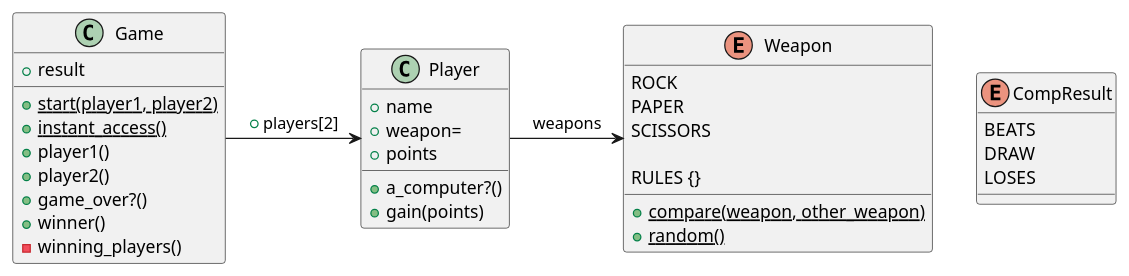
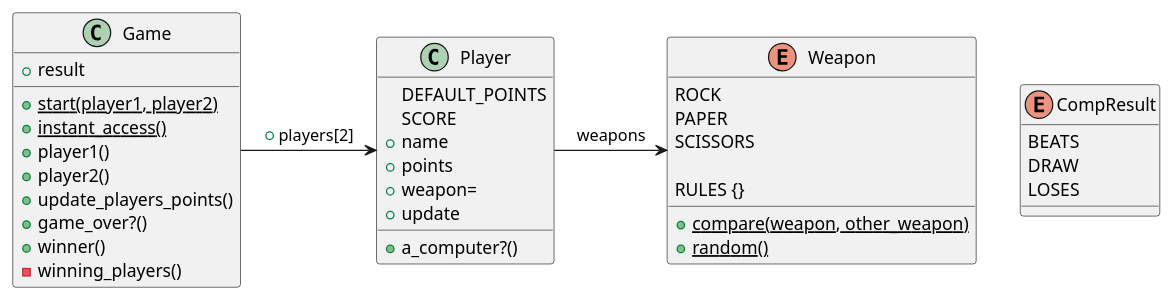
Before and after one commit to meta-morpho-sys/rps-challenge: the diagram in diagram.puml, drawn with PlantUML. The commit also changed 7 other files, not shown here.

Commit message:
monitoring and Displaying Players points

```diff
--- a/diagram.puml
+++ b/diagram.puml
@@ -1,42 +1,45 @@
 @startuml
 
 class Player {
+    DEFAULT_POINTS
+    SCORE
     +name
+    +points
     +weapon=
-    +points
     +a_computer?()
-    +gain(points)
+    +update
 }
 
 enum CompResult {
     BEATS
     DRAW
     LOSES
 }
 
 enum Weapon {
     ROCK
     PAPER
     SCISSORS
 
     RULES {}
 
     +{static} compare(weapon, other_weapon)
     +{static} random()
 }
 
 class Game {
     +result
     +{static} start(player1, player2)
     +{static} instant_access()
     +player1()
     +player2()
+    +update_players_points()
     +game_over?()
     +winner()
     -winning_players()
 }
 
 Game -> Player : +players[2]
 Player -> Weapon : weapons
 
 @enduml
```
